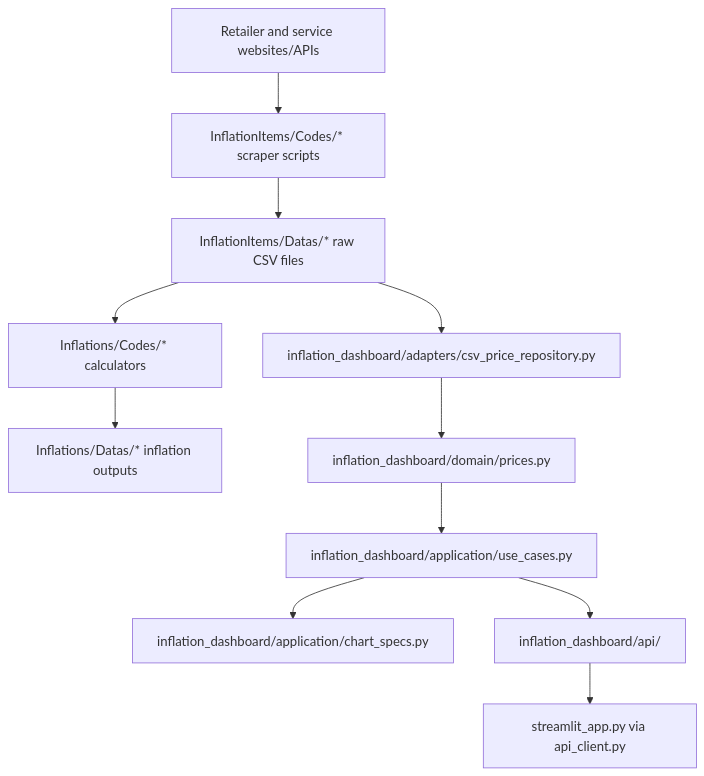
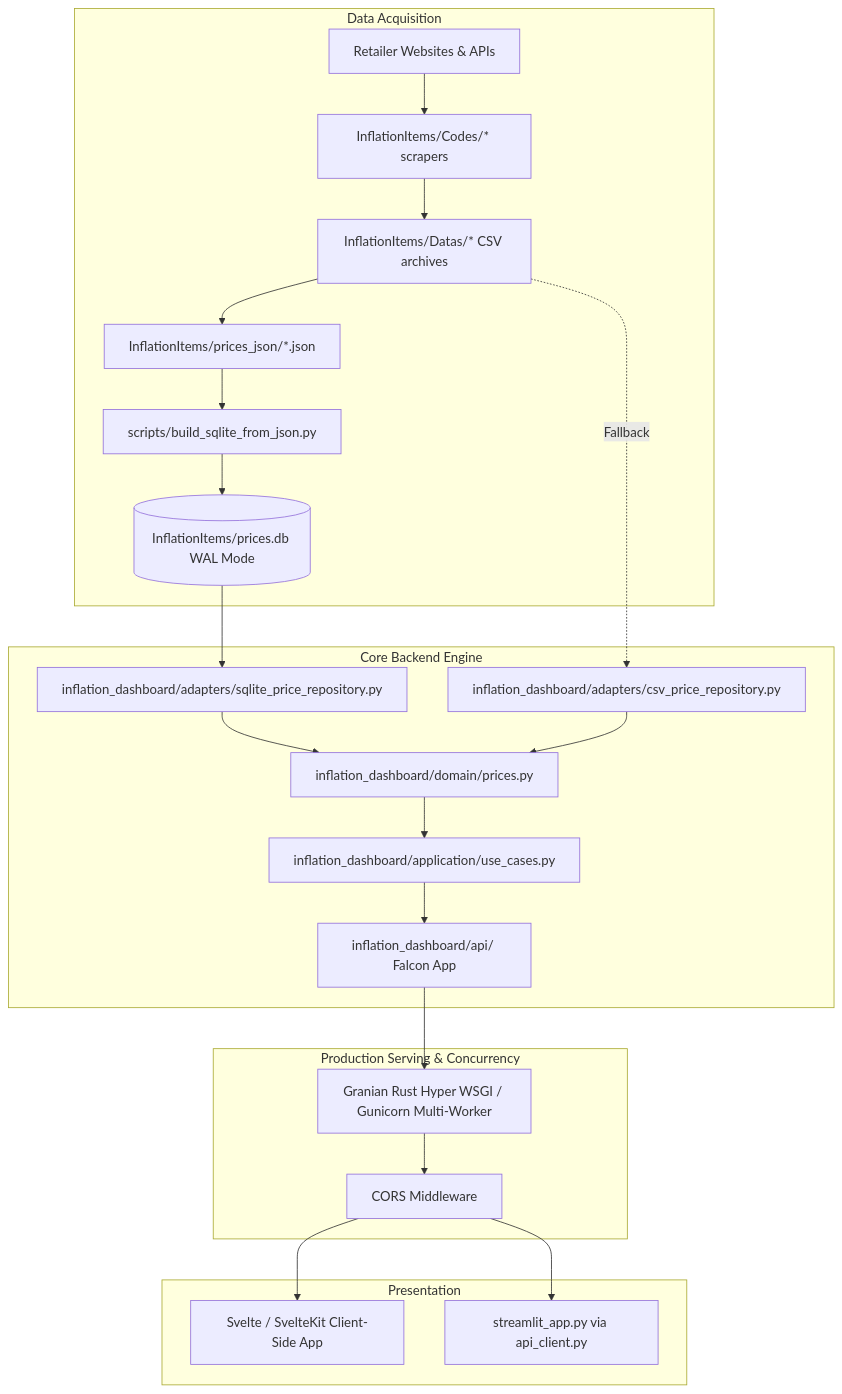
Before and after one commit to vinnipukh/inflationstudymirror: the diagram in docs/ARCHITECTURE.md, drawn with Mermaid. The commit also changed other lines of this file and 94 other files, not shown here.

First line of the commit message:
Add Svelte production frontend and high-scale Falcon API refactor

````diff
--- a/docs/ARCHITECTURE.md
+++ b/docs/ARCHITECTURE.md
@@ -18,14 +42,29 @@
 ```mermaid
 graph TD
-    Sources[Retailer and service websites/APIs] --> Scrapers[InflationItems/Codes/* scraper scripts]
-    Scrapers --> RawCSV[InflationItems/Datas/* raw CSV files]
-    RawCSV --> Calculators[Inflations/Codes/* calculators]
-    Calculators --> InflationCSV[Inflations/Datas/* inflation outputs]
+    subgraph Data Acquisition
+        Sites[Retailer Websites & APIs] --> Scrapers[InflationItems/Codes/* scrapers]
+        Scrapers --> RawCSV[InflationItems/Datas/* CSV archives]
+        RawCSV --> JsonExport[InflationItems/prices_json/*.json]
+        JsonExport --> DBBuild[scripts/build_sqlite_from_json.py]
+        DBBuild --> SQLiteDB[(InflationItems/prices.db WAL Mode)]
+    end
 
-    RawCSV --> CSVAdapter[inflation_dashboard/adapters/csv_price_repository.py]
-    CSVAdapter --> Domain[inflation_dashboard/domain/prices.py]
-    Domain --> UseCases[inflation_dashboard/application/use_cases.py]
-    UseCases --> ChartSpecs[inflation_dashboard/application/chart_specs.py]
-    UseCases --> FalconAPI[inflation_dashboard/api/]
-    FalconAPI --> Streamlit[streamlit_app.py via api_client.py]
+    subgraph Core Backend Engine
+        SQLiteDB --> SQLiteAdapter[inflation_dashboard/adapters/sqlite_price_repository.py]
+        RawCSV -. Fallback .-> CSVAdapter[inflation_dashboard/adapters/csv_price_repository.py]
+        SQLiteAdapter --> Domain[inflation_dashboard/domain/prices.py]
+        CSVAdapter --> Domain
+        Domain --> UseCases[inflation_dashboard/application/use_cases.py]
+        UseCases --> FalconAPI[inflation_dashboard/api/ Falcon App]
+    end
+
+    subgraph Production Serving & Concurrency
+        FalconAPI --> GranianServer[Granian Rust Hyper WSGI / Gunicorn Multi-Worker]
+        GranianServer --> CORS[CORS Middleware]
+    end
+
+    subgraph Presentation
+        CORS --> SvelteUI[Svelte / SvelteKit Client-Side App]
+        CORS --> StreamlitUI[streamlit_app.py via api_client.py]
+    end
 ```
````
